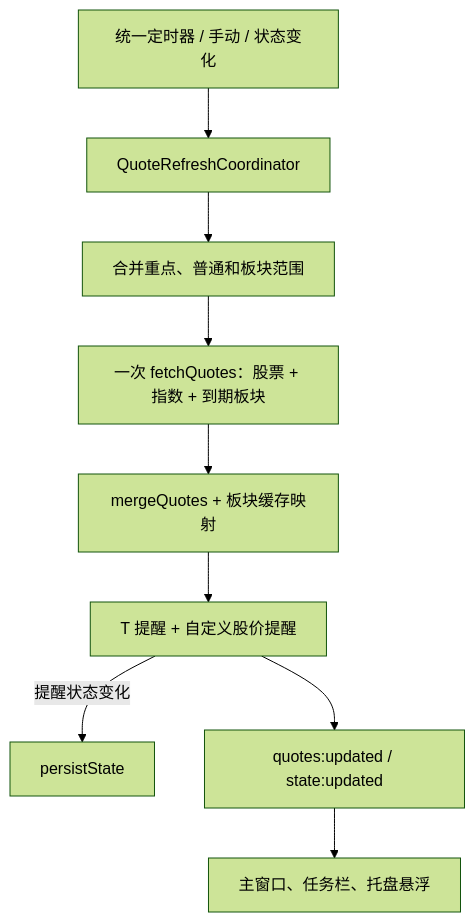
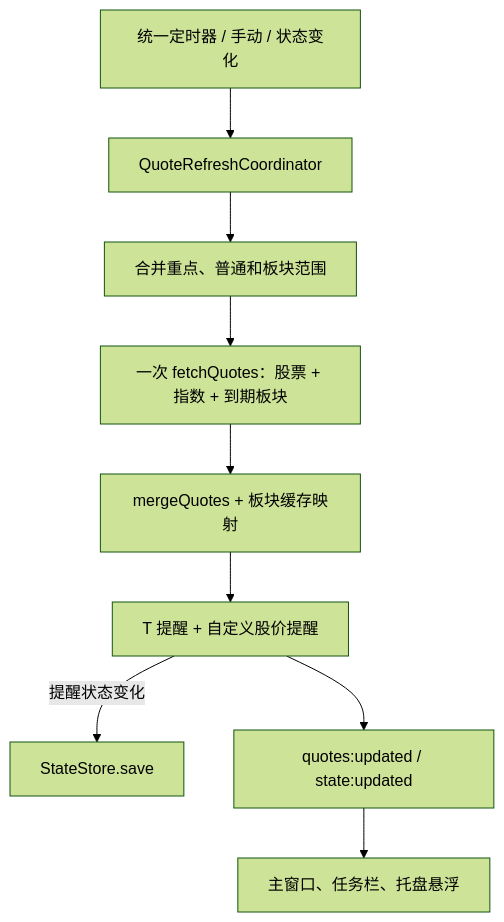
The third of 3 diagrams in docs/wiki/01-architecture.md (SingleOne/JianZhang), drawn with Mermaid (forest theme) before and after one commit. The commit also changed other lines of this file and 14 other files, not shown here.

````diff
--- a/docs/wiki/01-architecture.md
+++ b/docs/wiki/01-architecture.md
@@ -119,11 +116,11 @@
 ```mermaid
 flowchart TD
     TIMER["统一定时器 / 手动 / 状态变化"] --> QUEUE["QuoteRefreshCoordinator"]
     QUEUE --> SCOPE["合并重点、普通和板块范围"]
     SCOPE --> QUOTES["一次 fetchQuotes：股票 + 指数 + 到期板块"]
     QUOTES --> MERGE["mergeQuotes + 板块缓存映射"]
     MERGE --> ALERT["T 提醒 + 自定义股价提醒"]
-    ALERT -->|"提醒状态变化"| SAVE["persistState"]
+    ALERT -->|"提醒状态变化"| SAVE["StateStore.save"]
     ALERT --> BROADCAST["quotes:updated / state:updated"]
     BROADCAST --> WINDOWS["主窗口、任务栏、托盘悬浮"]
 ```
````
